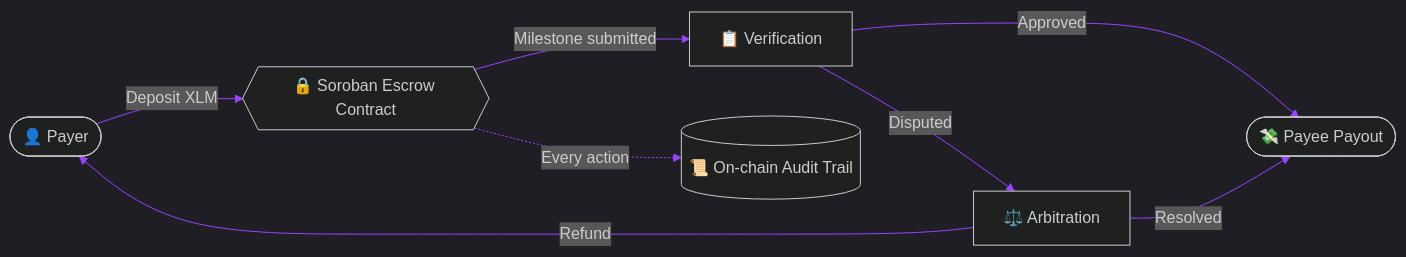
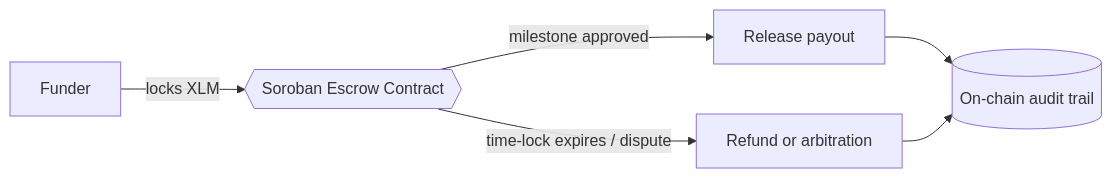
One commit to Earth-Kumar-Roy/Earth-Kumar-Roy changed the first of 2 diagrams in README.md. Above: the diagram before and after it, drawn with Mermaid. The commit also changed other lines of this file, not shown here.

````diff
--- a/README.md
+++ b/README.md
@@ -153,11 +101,8 @@
 ```mermaid
-%%{init: {'theme':'dark','themeVariables':{'primaryColor':'#302b63','primaryTextColor':'#fff','primaryBorderColor':'#00F5D4','lineColor':'#9945FF','secondaryColor':'#24243e','tertiaryColor':'#0f0c29'}}}%%
 flowchart LR
-    A([👤 Payer]) -->|Deposit XLM| B{{🔒 Soroban Escrow Contract}}
-    B -->|Milestone submitted| C[📋 Verification]
-    C -->|Approved| D([💸 Payee Payout])
-    C -->|Disputed| E[⚖️ Arbitration]
-    E -->|Resolved| D
-    E -->|Refund| A
-    B -.->|Every action| F[(📜 On-chain Audit Trail)]
+    A[Funder] -->|locks XLM| B{{Soroban Escrow Contract}}
+    B -->|milestone approved| C[Release payout]
+    B -->|time-lock expires / dispute| D[Refund or arbitration]
+    C --> E[(On-chain audit trail)]
+    D --> E
 ```
````
